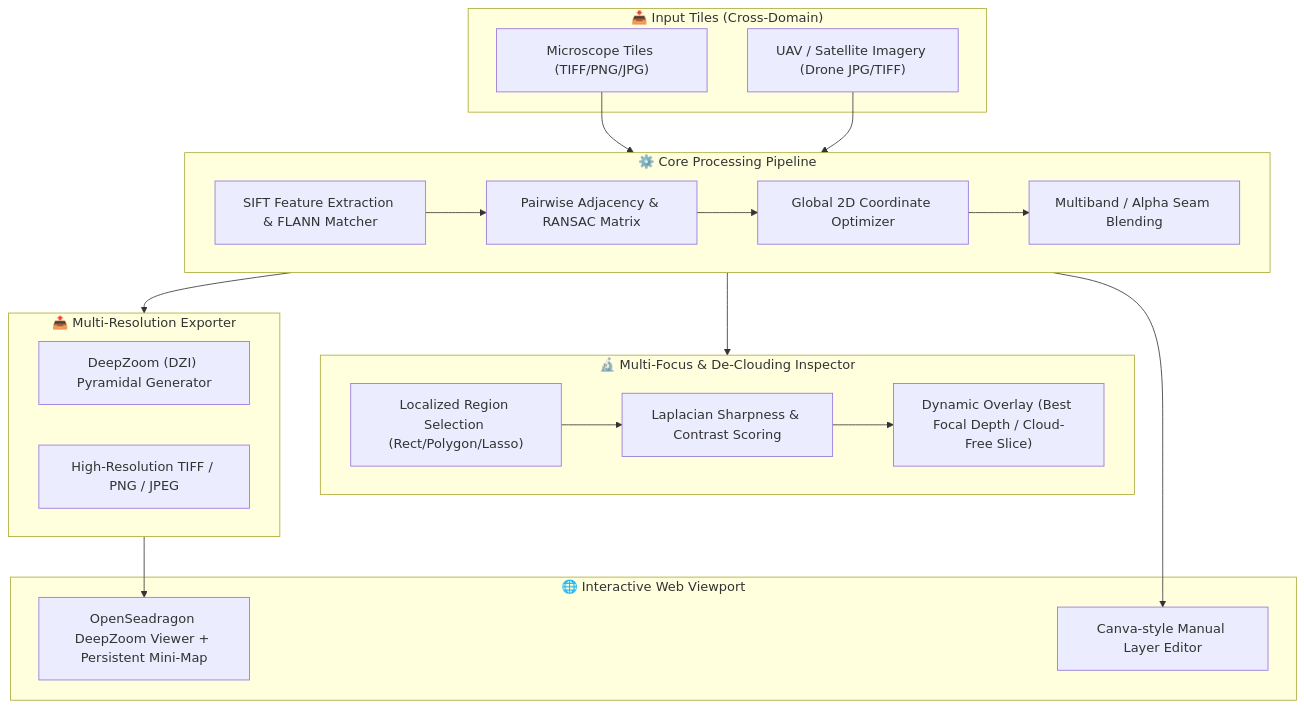
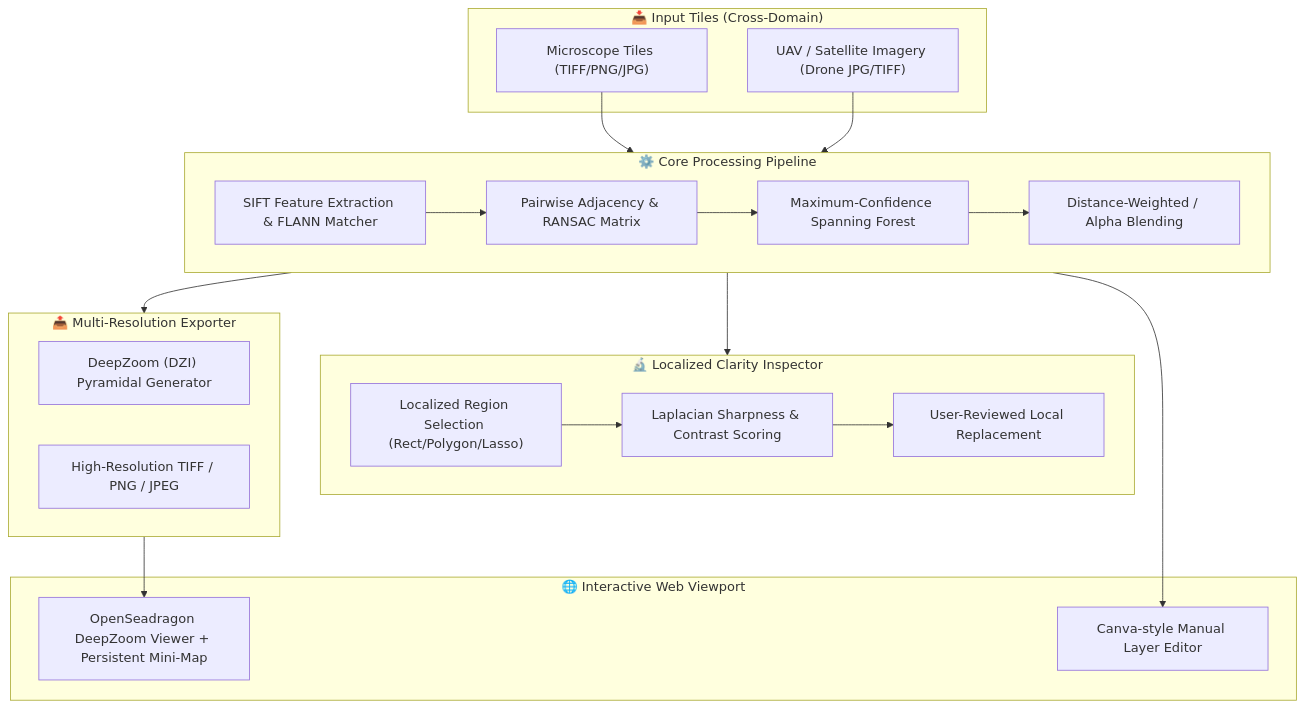
Before and after one commit to HalogenFlo/omnistitch-studio: the diagram in README.md, drawn with Mermaid. The commit also changed other lines of this file and 33 other files, not shown here.

````diff
--- a/README.md
+++ b/README.md
@@ -70,37 +48,37 @@
 ```mermaid
 flowchart TD
     subgraph Input["📥 Input Tiles (Cross-Domain)"]
         Microscopy["Microscope Tiles (TIFF/PNG/JPG)"]
         RemoteSensing["UAV / Satellite Imagery (Drone JPG/TIFF)"]
     end
 
     subgraph CoreEngine["⚙️ Core Processing Pipeline"]
         SIFT["SIFT Feature Extraction & FLANN Matcher"] --> Pairwise["Pairwise Adjacency & RANSAC Matrix"]
-        Pairwise --> GlobalOpt["Global 2D Coordinate Optimizer"]
-        GlobalOpt --> Blending["Multiband / Alpha Seam Blending"]
+        Pairwise --> GlobalOpt["Maximum-Confidence Spanning Forest"]
+        GlobalOpt --> Blending["Distance-Weighted / Alpha Blending"]
     end
 
-    subgraph InspectorEngine["🔬 Multi-Focus & De-Clouding Inspector"]
+    subgraph InspectorEngine["🔬 Localized Clarity Inspector"]
         RegionSelect["Localized Region Selection (Rect/Polygon/Lasso)"]
         Laplacian["Laplacian Sharpness & Contrast Scoring"]
-        PatchReplace["Dynamic Overlay (Best Focal Depth / Cloud-Free Slice)"]
+        PatchReplace["User-Reviewed Local Replacement"]
         RegionSelect --> Laplacian --> PatchReplace
     end
 
     subgraph ExportEngine["📤 Multi-Resolution Exporter"]
         DZI["DeepZoom (DZI) Pyramidal Generator"]
         Flat["High-Resolution TIFF / PNG / JPEG"]
     end
 
     subgraph WebStudio["🌐 Interactive Web Viewport"]
         OSD["OpenSeadragon DeepZoom Viewer + Persistent Mini-Map"]
         Canvas["Canva-style Manual Layer Editor"]
     end
 
     Microscopy --> CoreEngine
     RemoteSensing --> CoreEngine
     CoreEngine --> ExportEngine
     CoreEngine --> InspectorEngine
     ExportEngine --> OSD
     CoreEngine --> Canvas
 ```
````
